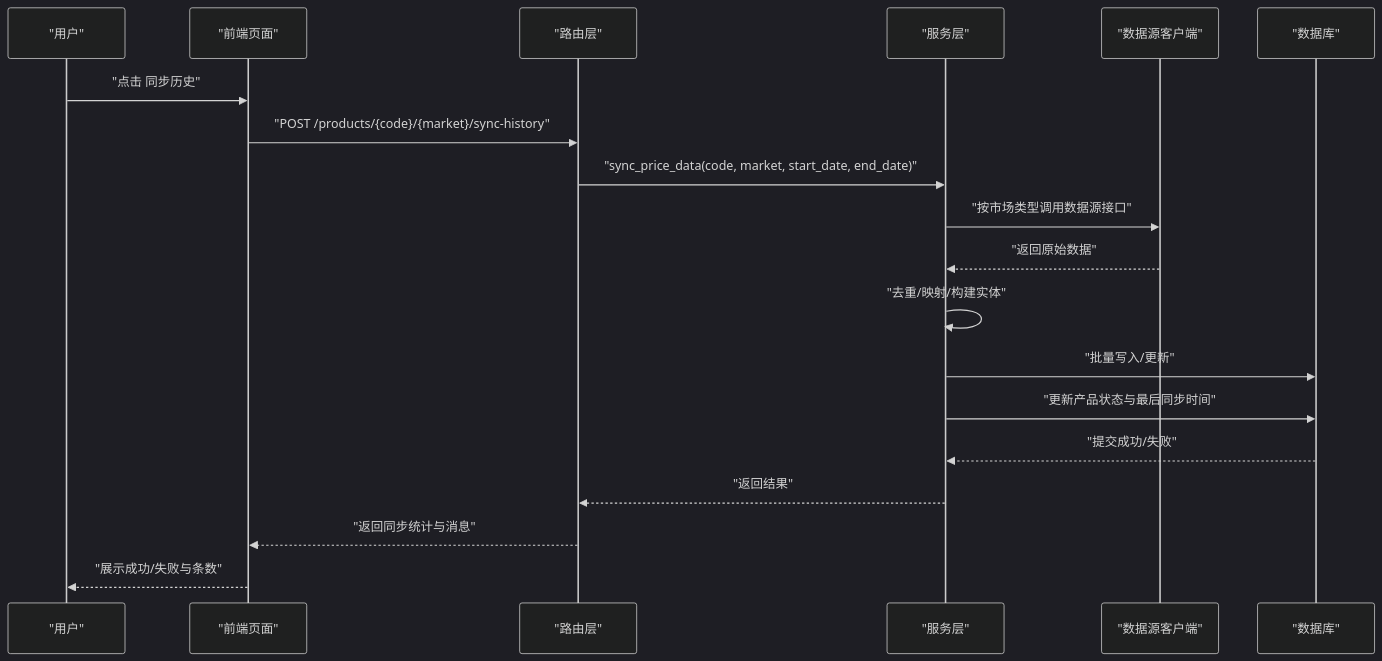
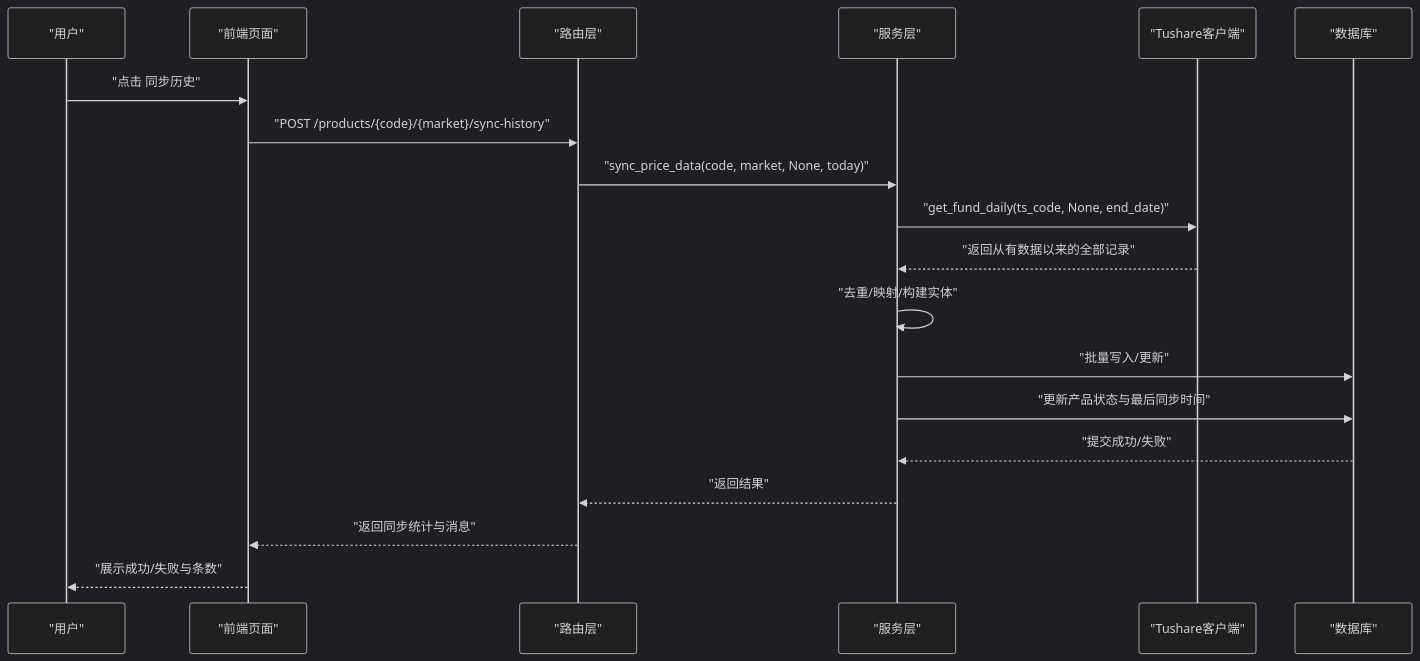
The second of 8 diagrams in .qoder/repowiki/zh/content/数据同步系统/历史数据回补.md (gujialind/InvestRing), drawn with Mermaid (dark theme) before and after one commit. The commit also changed other lines of this file and 39 other files, not shown here.

````diff
--- a/.qoder/repowiki/zh/content/数据同步系统/历史数据回补.md
+++ b/.qoder/repowiki/zh/content/数据同步系统/历史数据回补.md
@@ -90,21 +110,21 @@
 ```mermaid
 sequenceDiagram
 participant U as "用户"
 participant FE as "前端页面"
 participant API as "路由层"
 participant SVC as "服务层"
-participant DS as "数据源客户端"
+participant TUSHARE as "Tushare客户端"
 participant DB as "数据库"
 U->>FE : "点击 同步历史"
 FE->>API : "POST /products/{code}/{market}/sync-history"
-API->>SVC : "sync_price_data(code, market, start_date, end_date)"
-SVC->>DS : "按市场类型调用数据源接口"
-DS-->>SVC : "返回原始数据"
+API->>SVC : "sync_price_data(code, market, None, today)"
+SVC->>TUSHARE : "get_fund_daily(ts_code, None, end_date)"
+TUSHARE-->>SVC : "返回从有数据以来的全部记录"
 SVC->>SVC : "去重/映射/构建实体"
 SVC->>DB : "批量写入/更新"
 SVC->>DB : "更新产品状态与最后同步时间"
 DB-->>SVC : "提交成功/失败"
 SVC-->>API : "返回结果"
 API-->>FE : "返回同步统计与消息"
 FE-->>U : "展示成功/失败与条数"
 ```
````
